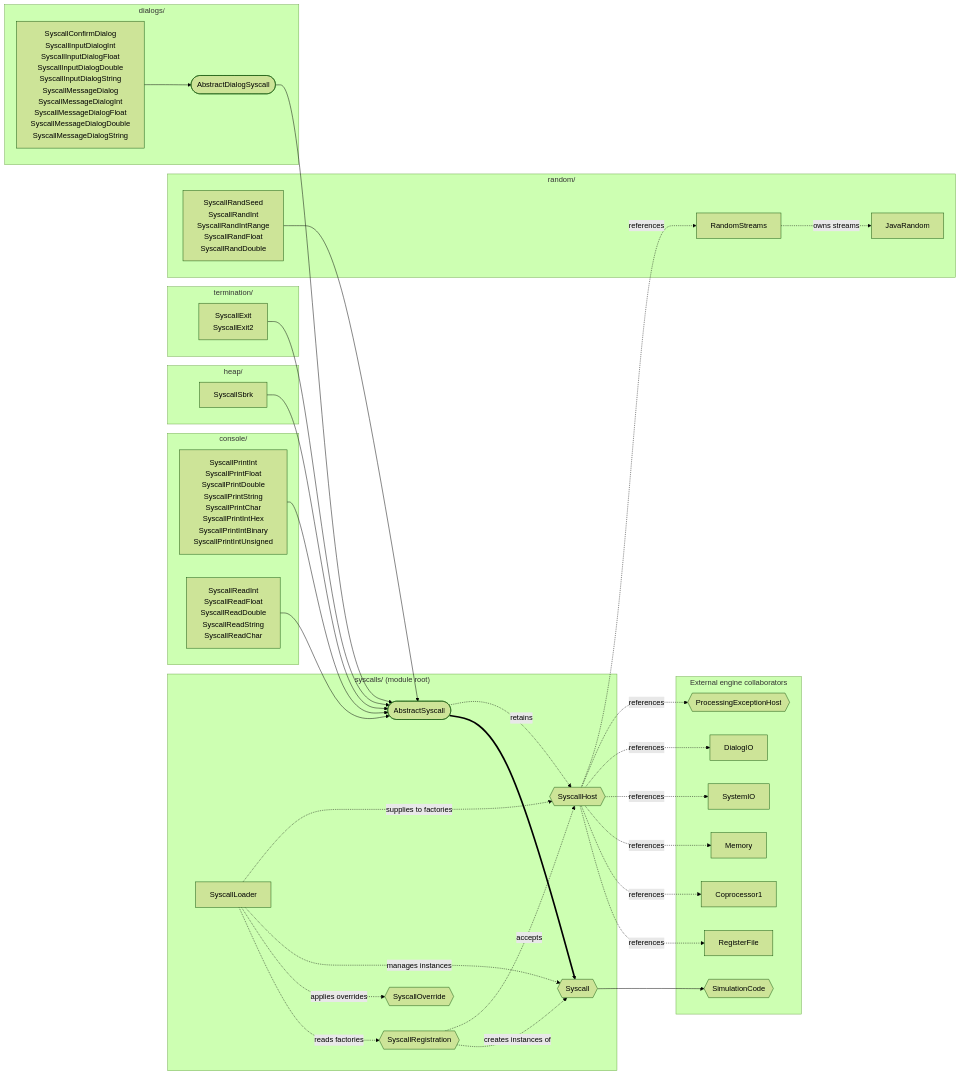
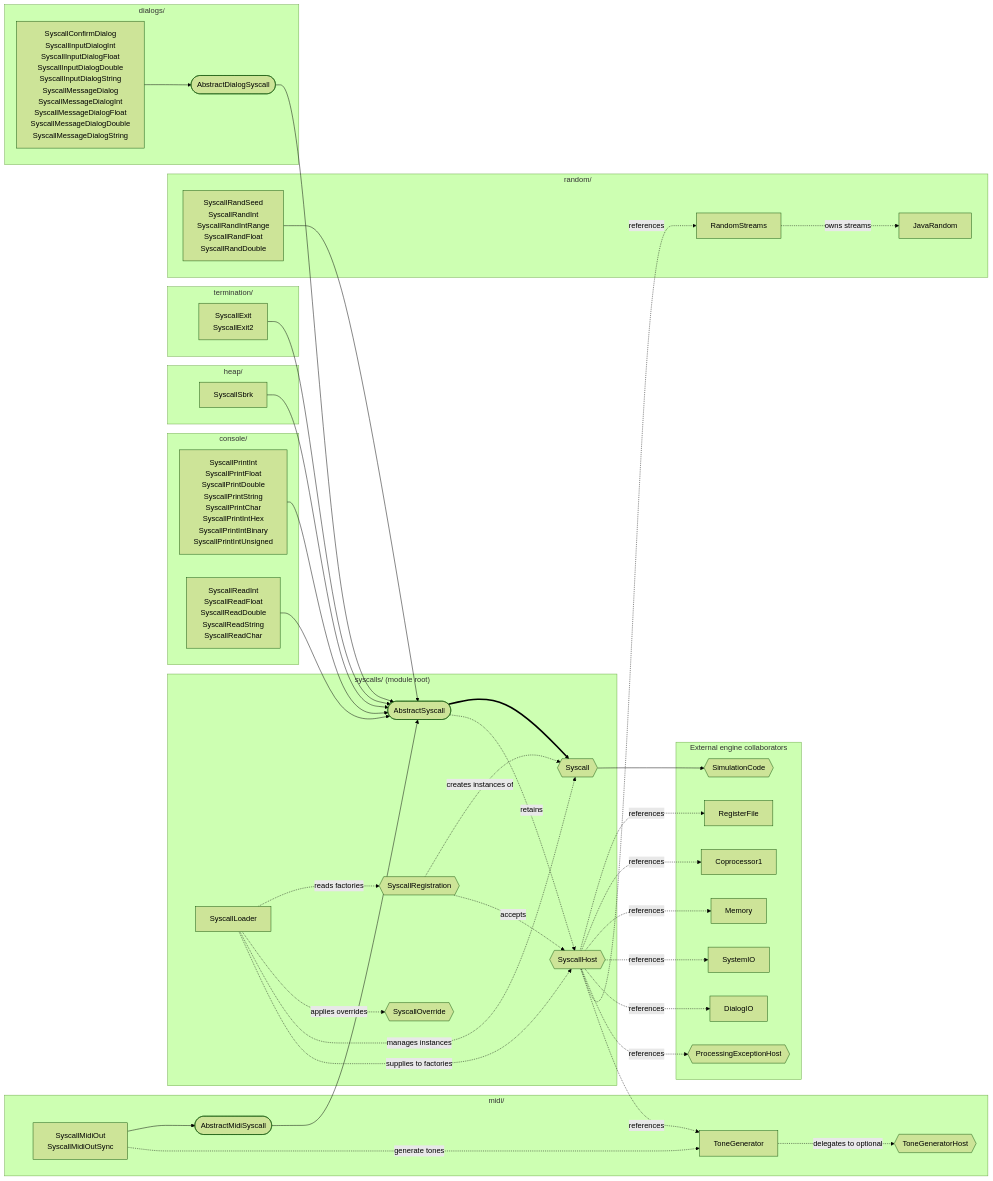
The diagram in src/lib/engine/syscalls/README.md (awpala/MARS-ts), drawn with Mermaid (forest theme) before and after one commit. The commit also changed other lines of this file and 47 other files, not shown here.

Commit message:
feat: implement MIDI syscalls (including rudimentary sound generator/engine)

````diff
--- a/src/lib/engine/syscalls/README.md
+++ b/src/lib/engine/syscalls/README.md
@@ -24,64 +25,76 @@
 ```mermaid
 flowchart LR
   subgraph shared["syscalls/ (module root)"]
     SyscallLoader[SyscallLoader]
     SyscallRegistration{{SyscallRegistration}}
     SyscallOverride{{SyscallOverride}}
     Syscall{{Syscall}}
     AbstractSyscall([AbstractSyscall])
     SyscallHost{{SyscallHost}}
   end
 
   subgraph console["console/"]
     ConsoleOutput["SyscallPrintInt<br/>SyscallPrintFloat<br/>SyscallPrintDouble<br/>SyscallPrintString<br/>SyscallPrintChar<br/>SyscallPrintIntHex<br/>SyscallPrintIntBinary<br/>SyscallPrintIntUnsigned"]
     ConsoleInput["SyscallReadInt<br/>SyscallReadFloat<br/>SyscallReadDouble<br/>SyscallReadString<br/>SyscallReadChar"]
   end
 
   subgraph heap["heap/"]
     SyscallSbrk[SyscallSbrk]
   end
 
   subgraph termination["termination/"]
     Termination["SyscallExit<br/>SyscallExit2"]
   end
 
   subgraph random["random/"]
     Random["SyscallRandSeed<br/>SyscallRandInt<br/>SyscallRandIntRange<br/>SyscallRandFloat<br/>SyscallRandDouble"]
     RandomStreams[RandomStreams]
     JavaRandom[JavaRandom]
   end
 
   subgraph dialogs["dialogs/"]
     AbstractDialogSyscall([AbstractDialogSyscall])
     Dialogs["SyscallConfirmDialog<br/>SyscallInputDialogInt<br/>SyscallInputDialogFloat<br/>SyscallInputDialogDouble<br/>SyscallInputDialogString<br/>SyscallMessageDialog<br/>SyscallMessageDialogInt<br/>SyscallMessageDialogFloat<br/>SyscallMessageDialogDouble<br/>SyscallMessageDialogString"]
   end
 
+  subgraph midi["midi/"]
+    AbstractMidiSyscall([AbstractMidiSyscall])
+    Midi["SyscallMidiOut<br/>SyscallMidiOutSync"]
+    ToneGenerator[ToneGenerator]
+    ToneGeneratorHost{{ToneGeneratorHost}}
+  end
+
   subgraph collaborators[External engine collaborators]
     SimulationCode{{SimulationCode}}
     RegisterFile[RegisterFile]
     Coprocessor1[Coprocessor1]
     Memory[Memory]
     SystemIO[SystemIO]
     DialogIO[DialogIO]
     ProcessingExceptionHost{{ProcessingExceptionHost}}
   end
 
   Syscall --> SimulationCode
   AbstractSyscall ==> Syscall
   AbstractDialogSyscall --> AbstractSyscall
   ConsoleOutput & ConsoleInput & SyscallSbrk & Termination & Random --> AbstractSyscall
   Dialogs --> AbstractDialogSyscall
+  AbstractMidiSyscall --> AbstractSyscall
+  Midi --> AbstractMidiSyscall
 
   SyscallLoader -.->|reads factories| SyscallRegistration
   SyscallLoader -.->|applies overrides| SyscallOverride
   SyscallLoader -.->|manages instances| Syscall
   SyscallLoader -.->|supplies to factories| SyscallHost
   SyscallRegistration -.->|creates instances of| Syscall
   SyscallRegistration -.->|accepts| SyscallHost
   AbstractSyscall -.->|retains| SyscallHost
 
   SyscallHost -.->|references| RegisterFile & Coprocessor1 & Memory
   SyscallHost -.->|references| SystemIO & DialogIO & ProcessingExceptionHost
   SyscallHost -.->|references| RandomStreams
   RandomStreams -.->|owns streams| JavaRandom
+  SyscallHost -.->|references| ToneGenerator
+  Midi -.->|generate tones| ToneGenerator
+  ToneGenerator -.->|delegates to optional| ToneGeneratorHost
 ```
````
